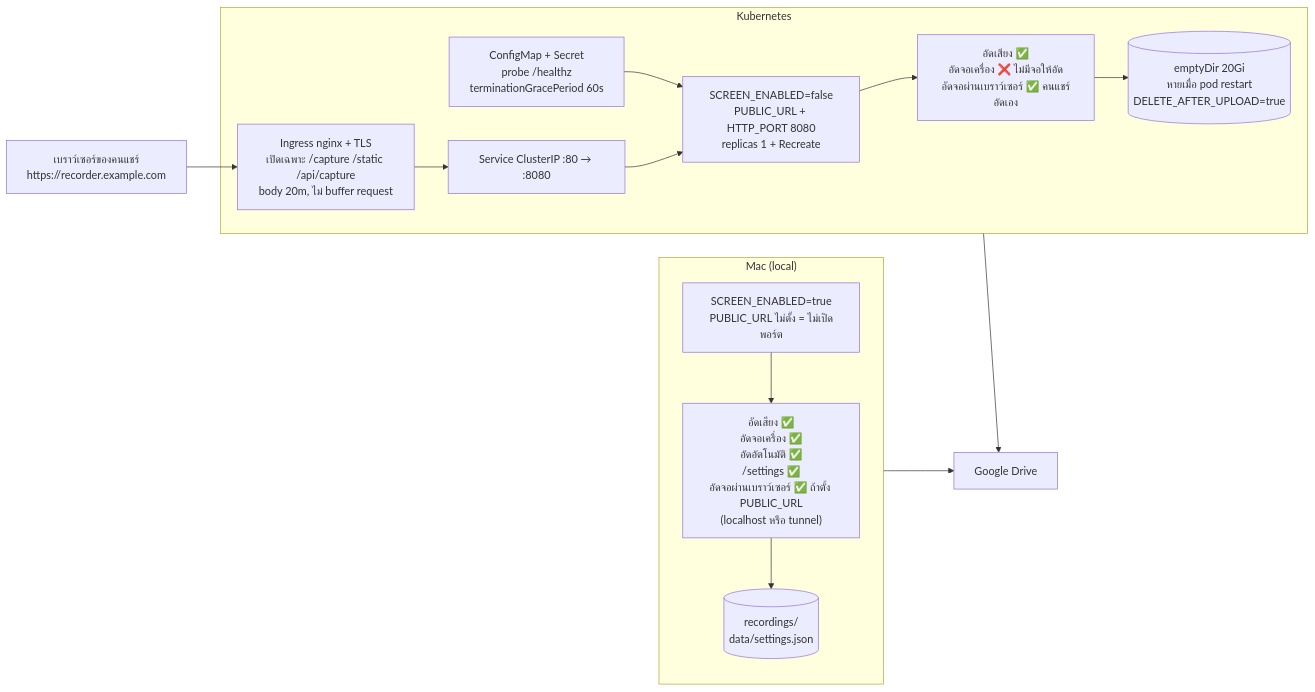
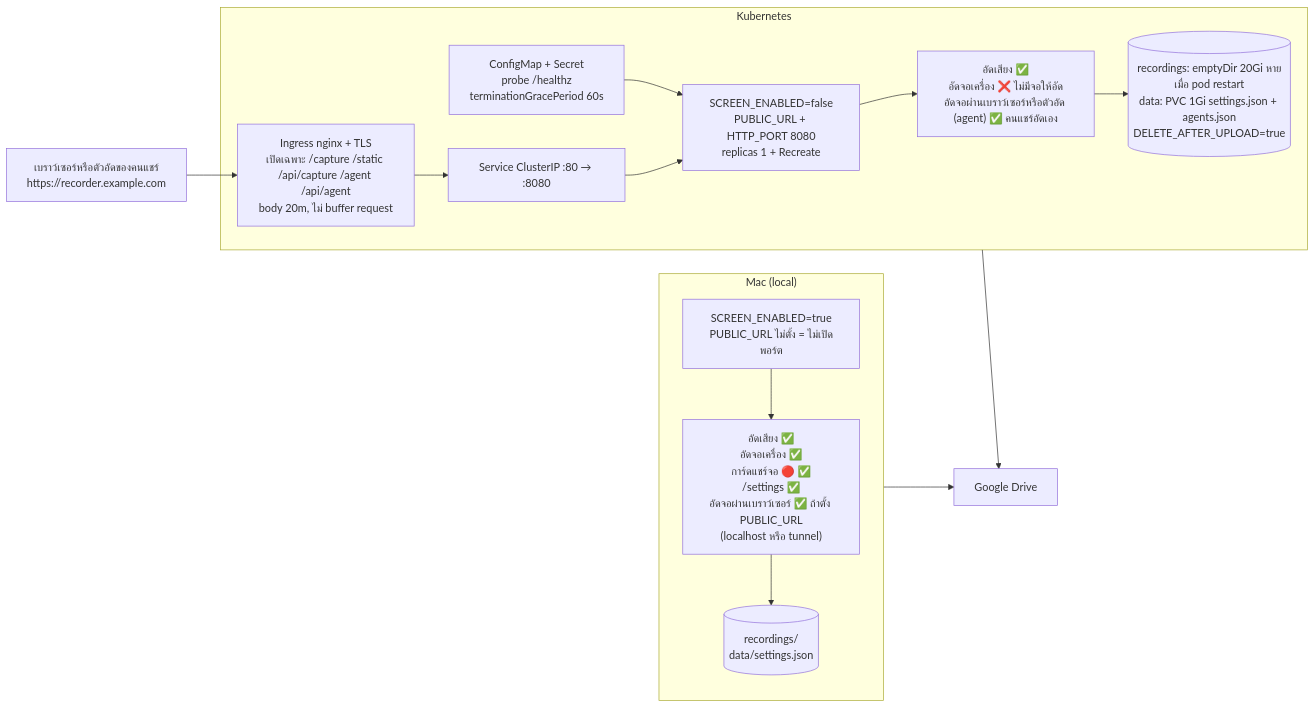
Before and after one commit to rtliz/discord-recorder: the diagram in diagram/10-deployment.md, drawn with Mermaid. The commit also changed 69 other files, not shown here.

First line of the commit message:
Add recorder agent, sessions and auto mode; simplify settings

````diff
--- a/diagram/10-deployment.md
+++ b/diagram/10-deployment.md
@@ -3,22 +3,22 @@
 ```mermaid
 flowchart LR
     subgraph MAC["Mac (local)"]
         M1["SCREEN_ENABLED=true<br/>PUBLIC_URL ไม่ตั้ง = ไม่เปิดพอร์ต"]
-        M2["อัดเสียง ✅<br/>อัดจอเครื่อง ✅<br/>อัดอัตโนมัติ ✅<br/>/settings ✅<br/>อัดจอผ่านเบราว์เซอร์ ✅ ถ้าตั้ง PUBLIC_URL<br/>(localhost หรือ tunnel)"]
+        M2["อัดเสียง ✅<br/>อัดจอเครื่อง ✅<br/>การ์ดแชร์จอ 🔴 ✅<br/>/settings ✅<br/>อัดจอผ่านเบราว์เซอร์ ✅ ถ้าตั้ง PUBLIC_URL<br/>(localhost หรือ tunnel)"]
         M3[("recordings/<br/>data/settings.json")]
         M1 --> M2 --> M3
     end
     subgraph K8S["Kubernetes"]
         K1["SCREEN_ENABLED=false<br/>PUBLIC_URL + HTTP_PORT 8080<br/>replicas 1 + Recreate"]
-        K2["อัดเสียง ✅<br/>อัดจอเครื่อง ❌ ไม่มีจอให้อัด<br/>อัดจอผ่านเบราว์เซอร์ ✅ คนแชร์อัดเอง"]
-        K3[("emptyDir 20Gi<br/>หายเมื่อ pod restart<br/>DELETE_AFTER_UPLOAD=true")]
+        K2["อัดเสียง ✅<br/>อัดจอเครื่อง ❌ ไม่มีจอให้อัด<br/>อัดจอผ่านเบราว์เซอร์หรือตัวอัด (agent) ✅ คนแชร์อัดเอง"]
+        K3[("recordings: emptyDir 20Gi หายเมื่อ pod restart<br/>data: PVC 1Gi settings.json + agents.json<br/>DELETE_AFTER_UPLOAD=true")]
         K4["ConfigMap + Secret<br/>probe /healthz<br/>terminationGracePeriod 60s"]
         K5["Service ClusterIP :80 → :8080"]
-        K6["Ingress nginx + TLS<br/>เปิดเฉพาะ /capture /static /api/capture<br/>body 20m, ไม่ buffer request"]
+        K6["Ingress nginx + TLS<br/>เปิดเฉพาะ /capture /static /api/capture /agent /api/agent<br/>body 20m, ไม่ buffer request"]
         K4 --> K1 --> K2 --> K3
         K6 --> K5 --> K1
     end
-    USR["เบราว์เซอร์ของคนแชร์<br/>https://recorder.example.com"] --> K6
+    USR["เบราว์เซอร์หรือตัวอัดของคนแชร์<br/>https://recorder.example.com"] --> K6
     MAC --> GD["Google Drive"]
     K8S --> GD
 ```
````
